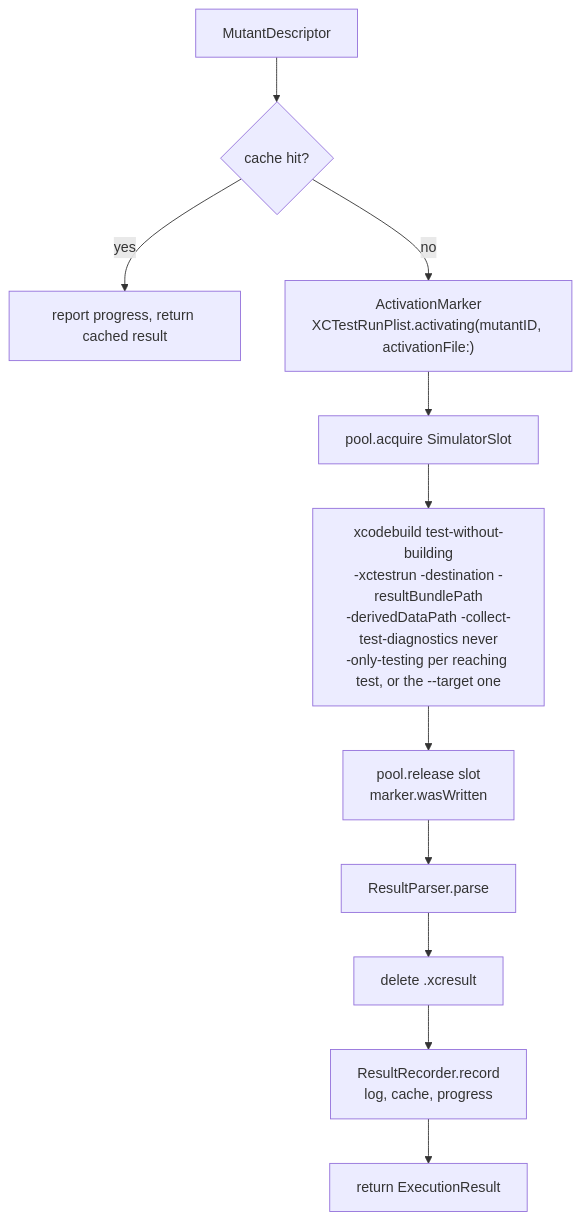
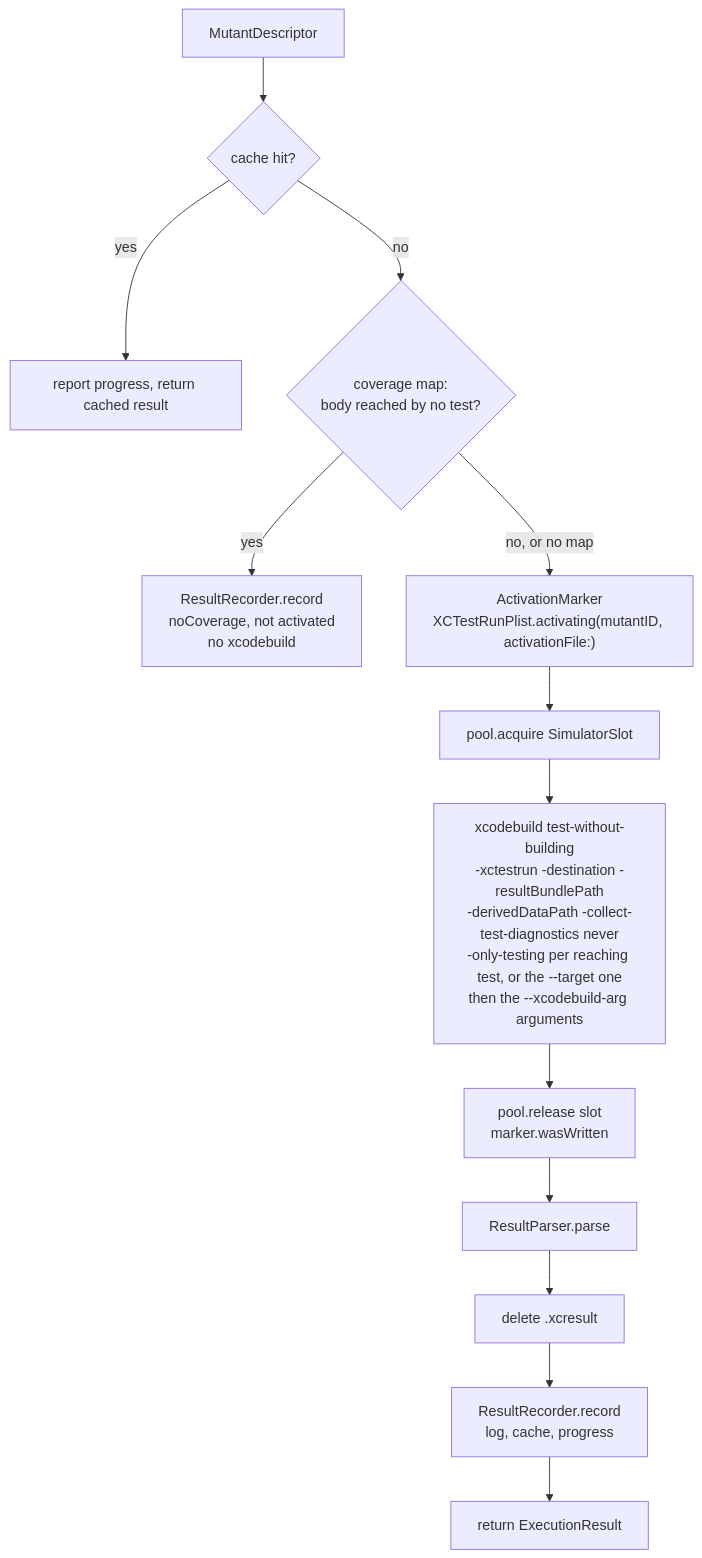
One commit to ericodx/swift-mutation-testing changed the second of 6 diagrams in Docs/CodeBase/07-execution.md. Above: the diagram before and after it, drawn with Mermaid. The commit also changed other lines of this file and 11 other files, not shown here.

Commit message:
docs: check the codebase reference against the code: signatures, the type index, the value-flow diagram and the coverage figures

````diff
--- a/Docs/CodeBase/07-execution.md
+++ b/Docs/CodeBase/07-execution.md
@@ -450,13 +464,15 @@
 ```mermaid
 flowchart TD
     M["MutantDescriptor"] --> CACHED{"cache hit?"}
     CACHED -- yes --> REPORT["report progress, return cached result"]
-    CACHED -- no --> PLIST["ActivationMarker<br>XCTestRunPlist.activating(mutantID, activationFile:)"]
+    CACHED -- no --> REACH{"coverage map:<br>body reached by no test?"}
+    REACH -- yes --> NOCOV["ResultRecorder.record<br>noCoverage, not activated<br>no xcodebuild"]
+    REACH -- "no, or no map" --> PLIST["ActivationMarker<br>XCTestRunPlist.activating(mutantID, activationFile:)"]
     PLIST --> ACQUIRE["pool.acquire SimulatorSlot"]
-    ACQUIRE --> LAUNCH["xcodebuild test-without-building<br>-xctestrun -destination -resultBundlePath<br>-derivedDataPath -collect-test-diagnostics never<br>-only-testing per reaching test, or the --target one"]
+    ACQUIRE --> LAUNCH["xcodebuild test-without-building<br>-xctestrun -destination -resultBundlePath<br>-derivedDataPath -collect-test-diagnostics never<br>-only-testing per reaching test, or the --target one<br>then the --xcodebuild-arg arguments"]
     LAUNCH --> RELEASE["pool.release slot<br>marker.wasWritten"]
     RELEASE --> PARSE["ResultParser.parse"]
     PARSE --> CLEANUP["delete .xcresult"]
     CLEANUP --> STORE["ResultRecorder.record<br>log, cache, progress"]
     STORE --> REPORT2["return ExecutionResult"]
 ```
````
